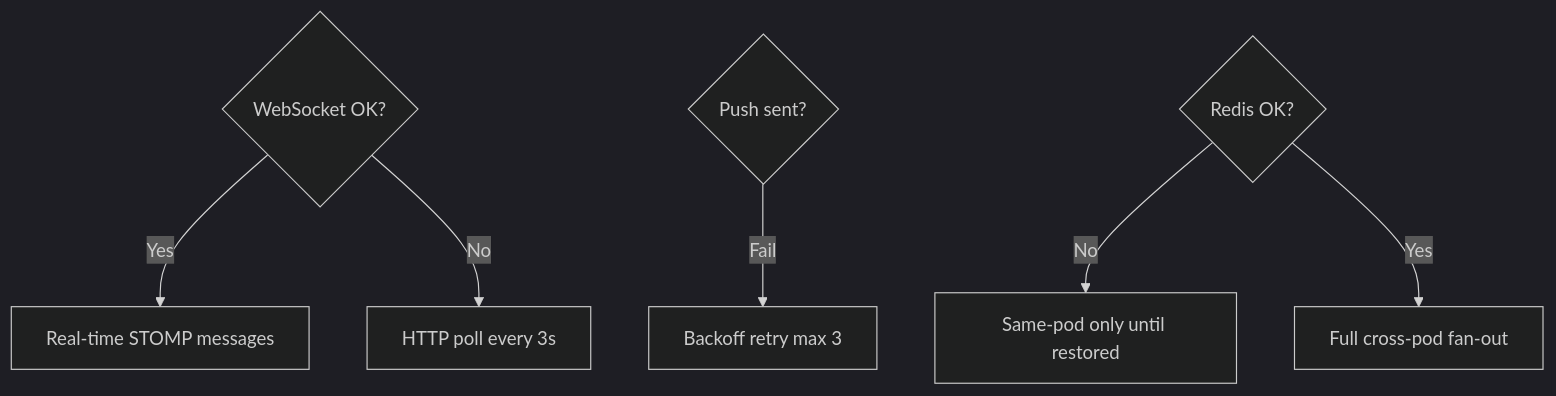
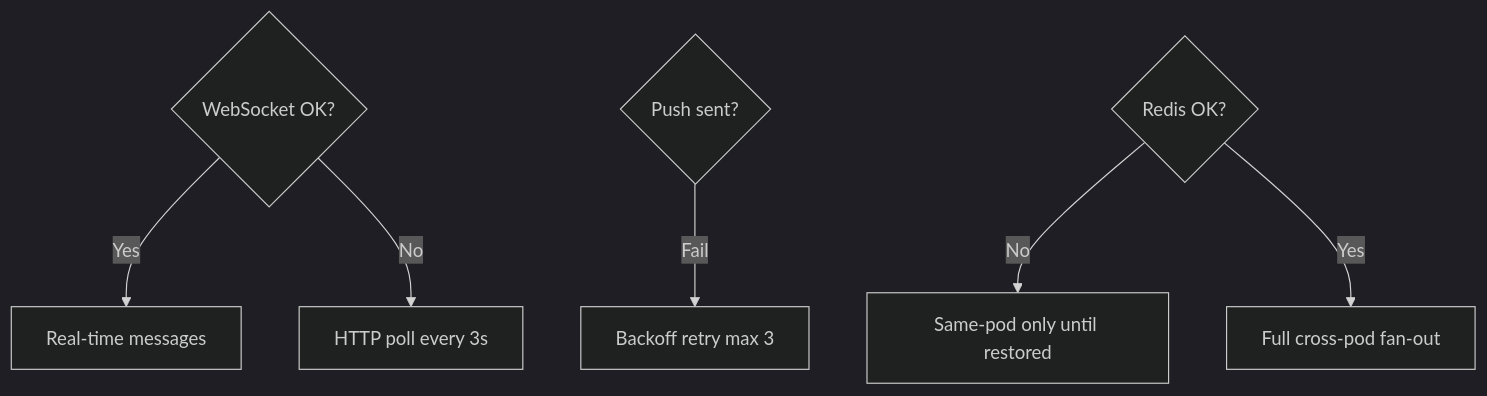
The sixth of 7 diagrams in 02-architecture-and-api/04-real-time-architecture.md (rishikeshdhokare/platform-manifesto), drawn with Mermaid (dark theme) before and after one commit. The commit also changed other lines of this file and 64 other files, not shown here.

````diff
--- a/02-architecture-and-api/04-real-time-architecture.md
+++ b/02-architecture-and-api/04-real-time-architecture.md
@@ -338,11 +344,11 @@
 ```mermaid
 flowchart TD
     WS{WebSocket OK?}
-    WS -->|Yes| RT[Real-time STOMP messages]
+    WS -->|Yes| RT[Real-time messages]
     WS -->|No| POLL[HTTP poll every 3s]
     PUSH{Push sent?}
     PUSH -->|Fail| RETRY[Backoff retry max 3]
     REDIS{Redis OK?}
     REDIS -->|No| LOCAL[Same-pod only until restored]
     REDIS -->|Yes| FAN[Full cross-pod fan-out]
 ```
````
